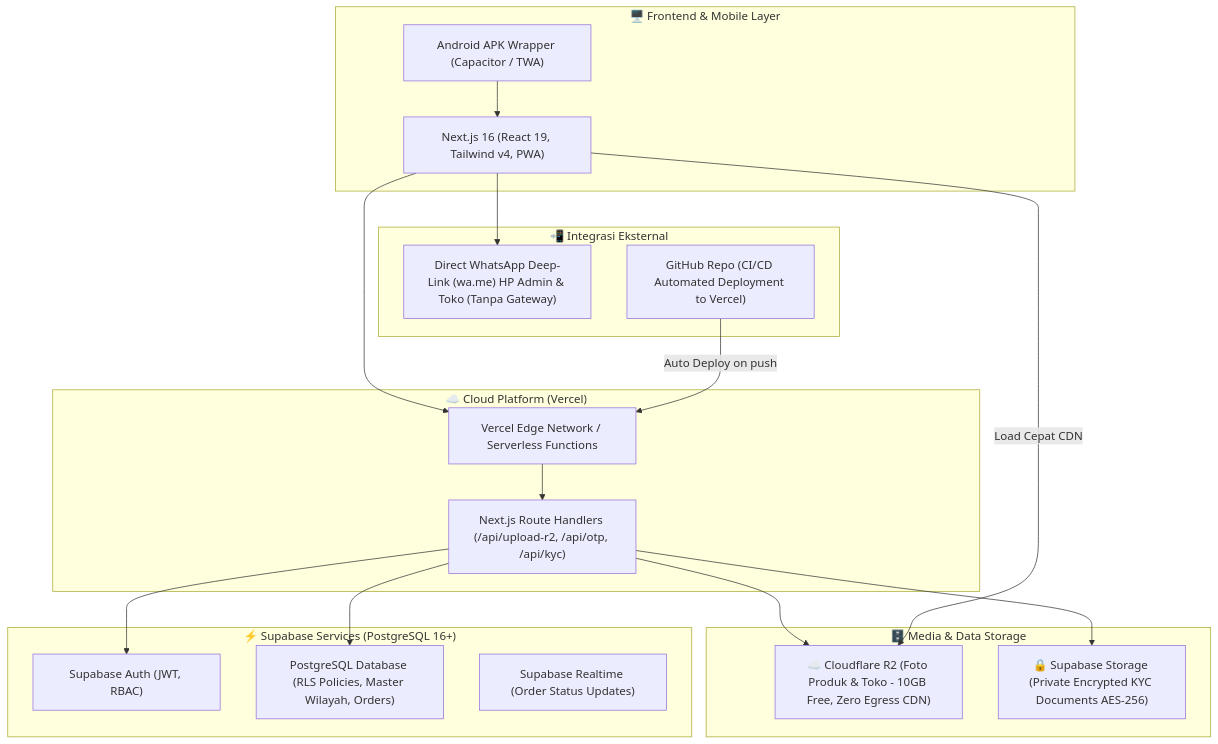
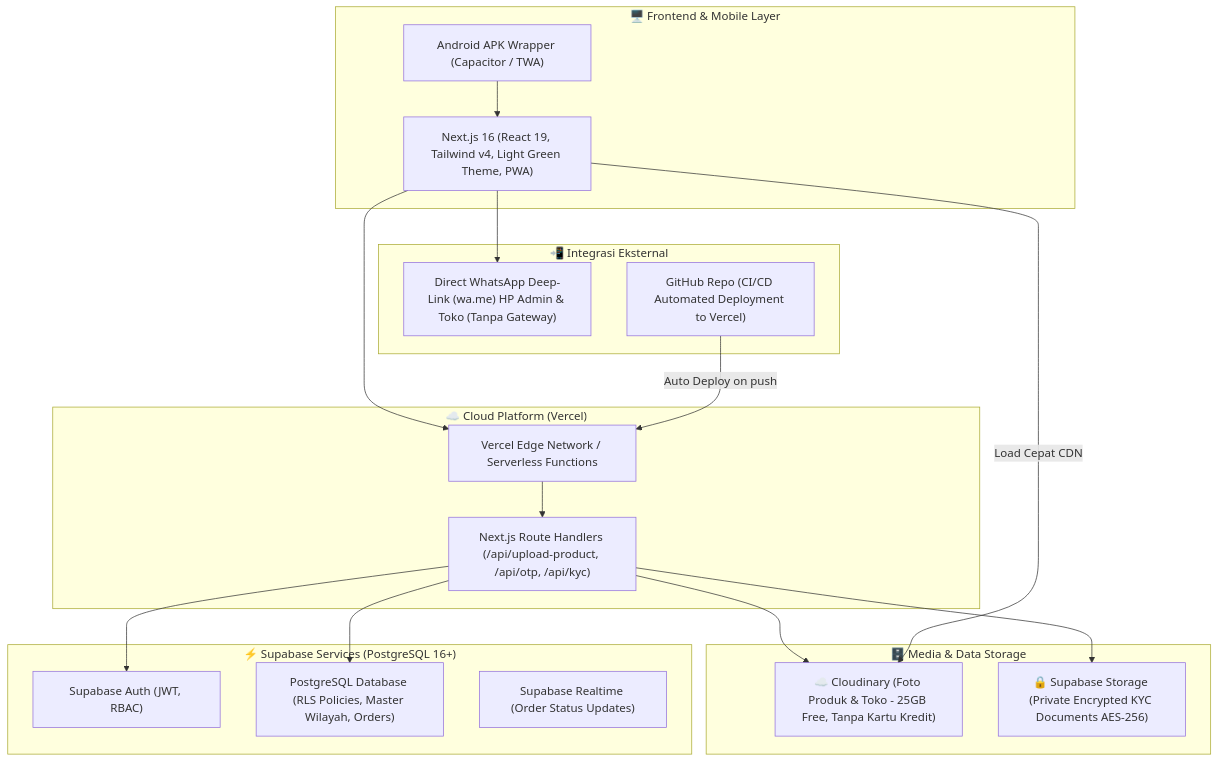
One commit to ahmadburhani83/kejaganmart changed the second of 3 diagrams in PRD.md. Above: the diagram before and after it, drawn with Mermaid. The commit also changed other lines of this file and 1 other file, not shown here.

Commit message:
docs: perbarui panduan setup Cloudinary 25GB dan tema terang hijau desa

````diff
--- a/PRD.md
+++ b/PRD.md
@@ -275,39 +275,39 @@
 ```mermaid
 flowchart TB
     subgraph ClientLayer["🖥️ Frontend & Mobile Layer"]
-        WebClient["Next.js 16 (React 19, Tailwind v4, PWA)"]
+        WebClient["Next.js 16 (React 19, Tailwind v4, Light Green Theme, PWA)"]
         AndroidApp["Android APK Wrapper (Capacitor / TWA)"]
     end
 
     subgraph HostingLayer["☁️ Cloud Platform (Vercel)"]
         VercelEdge["Vercel Edge Network / Serverless Functions"]
-        NextAPIs["Next.js Route Handlers (/api/upload-r2, /api/otp, /api/kyc)"]
+        NextAPIs["Next.js Route Handlers (/api/upload-product, /api/otp, /api/kyc)"]
     end
 
     subgraph StorageLayer["🗄️ Media & Data Storage"]
-        CloudflareR2["☁️ Cloudflare R2 (Foto Produk & Toko - 10GB Free, Zero Egress CDN)"]
+        CloudinaryCDN["☁️ Cloudinary (Foto Produk & Toko - 25GB Free, Tanpa Kartu Kredit)"]
         SupaStorage["🔒 Supabase Storage (Private Encrypted KYC Documents AES-256)"]
     end
 
     subgraph BackendLayer["⚡ Supabase Services (PostgreSQL 16+)"]
         SupaAuth["Supabase Auth (JWT, RBAC)"]
         SupaDB["PostgreSQL Database (RLS Policies, Master Wilayah, Orders)"]
         SupaRealtime["Supabase Realtime (Order Status Updates)"]
     end
 
     subgraph ExternalServices["📲 Integrasi Eksternal"]
         WADirect["Direct WhatsApp Deep-Link (wa.me) HP Admin & Toko (Tanpa Gateway)"]
         GitHub["GitHub Repo (CI/CD Automated Deployment to Vercel)"]
     end
 
     WebClient --> VercelEdge
     AndroidApp --> WebClient
     VercelEdge --> NextAPIs
     NextAPIs --> SupaDB
     NextAPIs --> SupaStorage
-    NextAPIs --> CloudflareR2
+    NextAPIs --> CloudinaryCDN
     NextAPIs --> SupaAuth
-    WebClient -->|Load Cepat CDN| CloudflareR2
+    WebClient -->|Load Cepat CDN| CloudinaryCDN
     WebClient --> WADirect
     GitHub -->|Auto Deploy on push| VercelEdge
 ```
````
